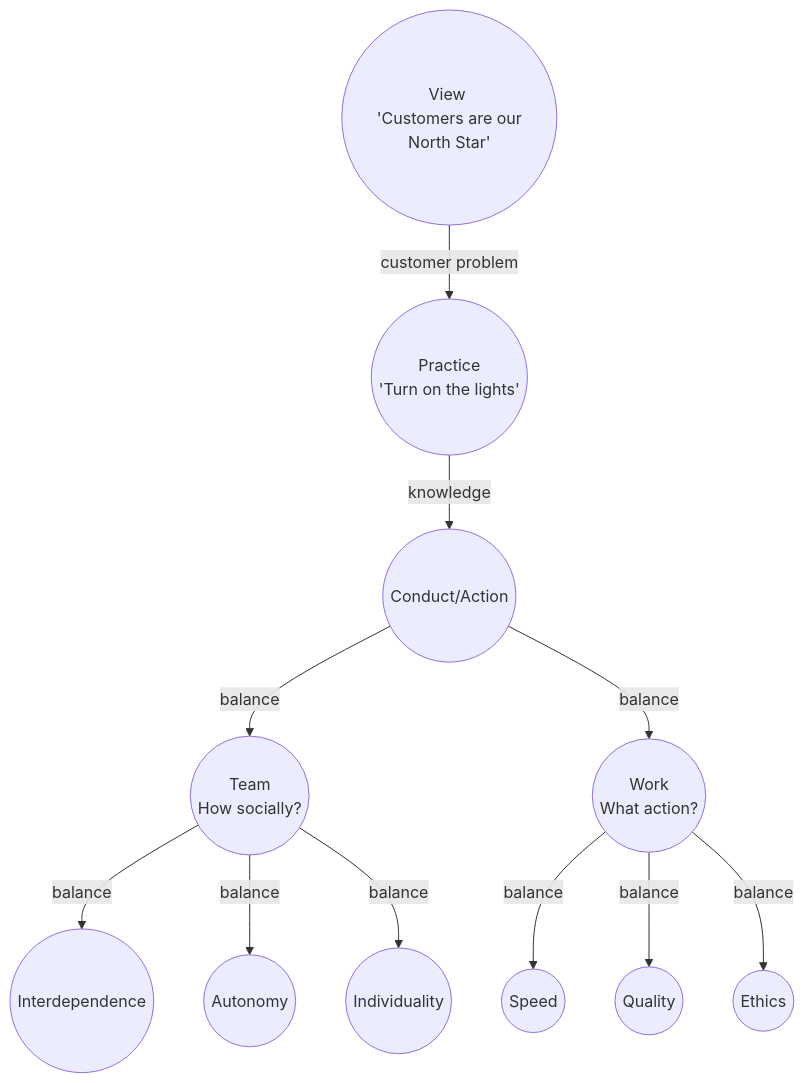
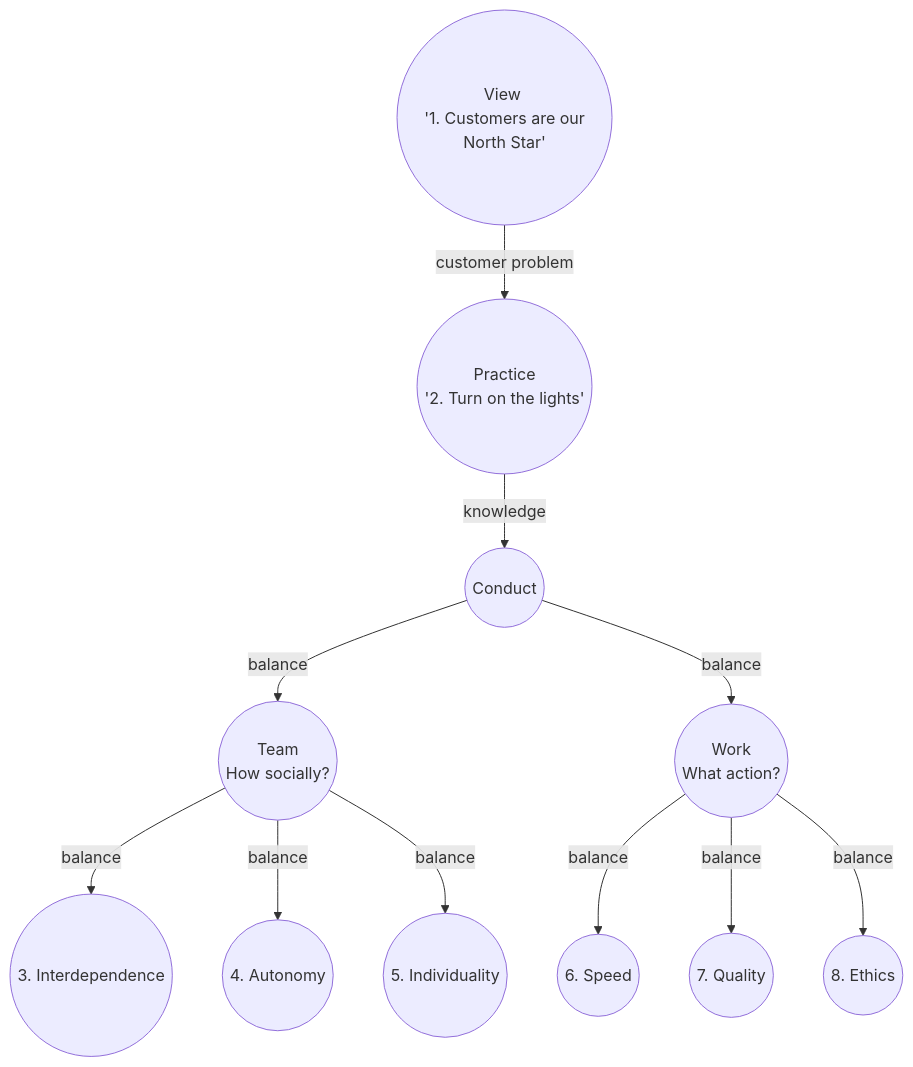
The diagram in zillow.md (borisdev/resume), drawn with Mermaid before and after one commit. The commit also changed other lines of this file, not shown here.

Commit message:
zillow values as a diagram

````diff
--- a/zillow.md
+++ b/zillow.md
@@ -18,13 +19,13 @@
 ```mermaid
 flowchart TB
-    V(("View <br> 'Customers are our North Star'"))-- customer problem -->P(("Practice <br> 'Turn on the lights'"))
+    V(("View <br> '1. Customers are our North Star'"))-- customer problem -->P(("Practice <br> '2. Turn on the lights'"))
     P-- knowledge -->C(("Conduct"))
-    C(("Conduct/Action"))-- balance -->T(("Team <br> How socially?"))
-    C(("Conduct/Action"))-- balance -->W(("Work <br> What action?"))
-    T-- balance -->ID(("Interdependence"))
-    T-- balance -->A(("Autonomy"))
-    T-- balance -->I(("Individuality"))
-    W-- balance -->S(("Speed"))
-    W-- balance -->Q(("Quality"))
-    W-- balance -->E(("Ethics"))
+    C-- balance -->T(("Team <br> How socially?"))
+    C-- balance -->W(("Work <br> What action?"))
+    T-- balance -->ID(("3. Interdependence"))
+    T-- balance -->A(("4. Autonomy"))
+    T-- balance -->I(("5. Individuality"))
+    W-- balance -->S(("6. Speed"))
+    W-- balance -->Q(("7. Quality"))
+    W-- balance -->E(("8. Ethics"))
 ```
````
